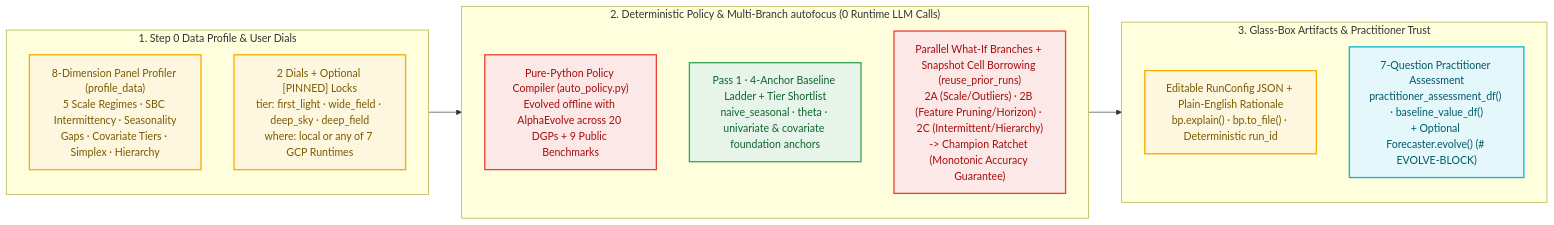
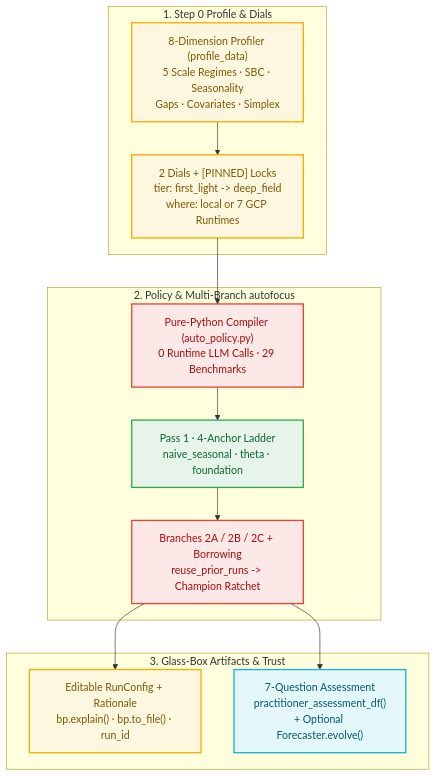
Before and after one commit to statmike/scale-forecasting: the first of 2 diagrams in docs/auto_forecaster.md, drawn with Mermaid. The commit also changed 14 other files, not shown here.

Commit message:
docs(mermaid): reconfigure wide diagrams to vertical TD layout with concise labels

````diff
--- a/docs/auto_forecaster.md
+++ b/docs/auto_forecaster.md
@@ -16,32 +16,32 @@
 ```mermaid
-flowchart LR
-    subgraph S0["1. Step 0 Data Profile & User Dials"]
-        direction TB
-        PROF["8-Dimension Panel Profiler (profile_data)<br/>5 Scale Regimes · SBC Intermittency · Seasonality<br/>Gaps · Covariate Tiers · Simplex · Hierarchy"]
-        DIALS["2 Dials + Optional [PINNED] Locks<br/>tier: first_light · wide_field · deep_sky · deep_field<br/>where: local or any of 7 GCP Runtimes"]
+flowchart TD
+    subgraph S0["1. Step 0 Profile & Dials"]
+        PROF["8-Dimension Profiler (profile_data)<br/>5 Scale Regimes · SBC · Seasonality<br/>Gaps · Covariates · Simplex"]
+        DIALS["2 Dials + [PINNED] Locks<br/>tier: first_light -> deep_field<br/>where: local or 7 GCP Runtimes"]
+        PROF --> DIALS
     end
 
-    subgraph COMP["2. Deterministic Policy & Multi-Branch autofocus (0 Runtime LLM Calls)"]
-        direction TB
-        POL["Pure-Python Policy Compiler (auto_policy.py)<br/>Evolved offline with AlphaEvolve across 20 DGPs + 9 Public Benchmarks"]
-        P1["Pass 1 · 4-Anchor Baseline Ladder + Tier Shortlist<br/>naive_seasonal · theta · univariate & covariate foundation anchors"]
-        P2["Parallel What-If Branches + Snapshot Cell Borrowing (reuse_prior_runs)<br/>2A (Scale/Outliers) · 2B (Feature Pruning/Horizon) · 2C (Intermittent/Hierarchy)<br/>-> Champion Ratchet (Monotonic Accuracy Guarantee)"]
+    subgraph COMP["2. Policy & Multi-Branch autofocus"]
+        POL["Pure-Python Compiler (auto_policy.py)<br/>0 Runtime LLM Calls · 29 Benchmarks"]
+        P1["Pass 1 · 4-Anchor Ladder<br/>naive_seasonal · theta · foundation"]
+        P2["Branches 2A / 2B / 2C + Borrowing<br/>reuse_prior_runs -> Champion Ratchet"]
+        POL --> P1 --> P2
     end
 
-    subgraph TRUST["3. Glass-Box Artifacts & Practitioner Trust"]
-        direction TB
-        BLUE["Editable RunConfig JSON + Plain-English Rationale<br/>bp.explain() · bp.to_file() · Deterministic run_id"]
-        ASSESS["7-Question Practitioner Assessment<br/>practitioner_assessment_df() · baseline_value_df()<br/>+ Optional Forecaster.evolve() (# EVOLVE-BLOCK)"]
+    subgraph TRUST["3. Glass-Box Artifacts & Trust"]
+        BLUE["Editable RunConfig + Rationale<br/>bp.explain() · bp.to_file() · run_id"]
+        ASSESS["7-Question Assessment<br/>practitioner_assessment_df()<br/>+ Optional Forecaster.evolve()"]
     end
 
-    S0 --> COMP --> TRUST
+    DIALS --> POL
+    P2 --> BLUE & ASSESS
 
     classDef config fill:#FEF7E0,stroke:#F9AB00,stroke-width:2px,color:#7A5A00
     classDef route fill:#FCE8E6,stroke:#EA4335,stroke-width:2px,color:#A50E0E
     classDef compute fill:#E6F4EA,stroke:#34A853,stroke-width:2px,color:#0D652D
     classDef decision fill:#E4F7FB,stroke:#12B5CB,stroke-width:2px,color:#005A66
     class PROF,DIALS,BLUE config
     class POL,P2 route
     class P1 compute
     class ASSESS decision
 ```
````
